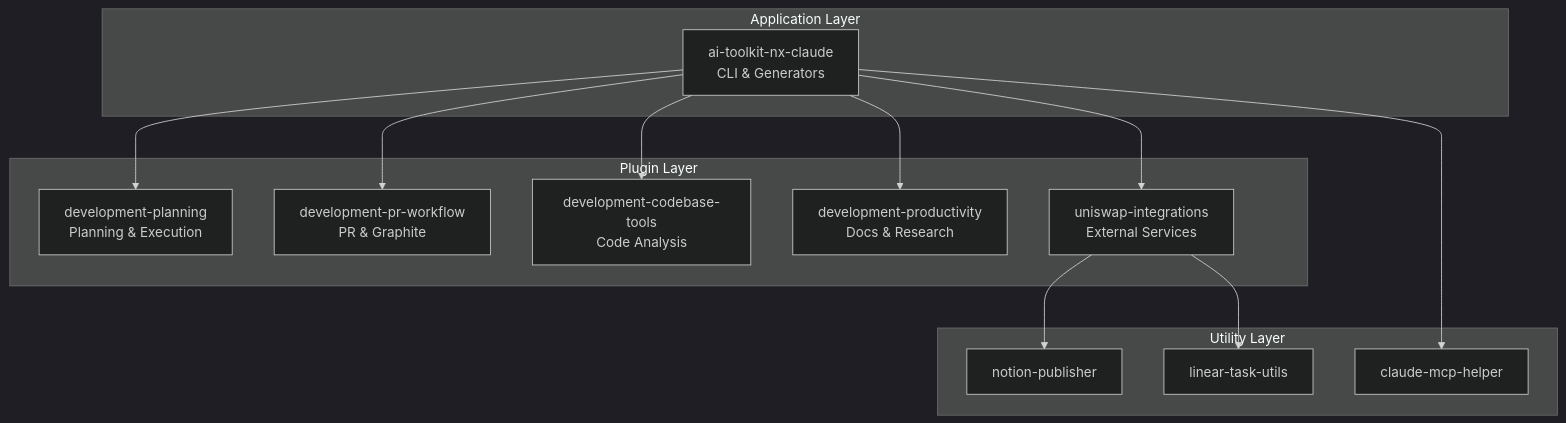
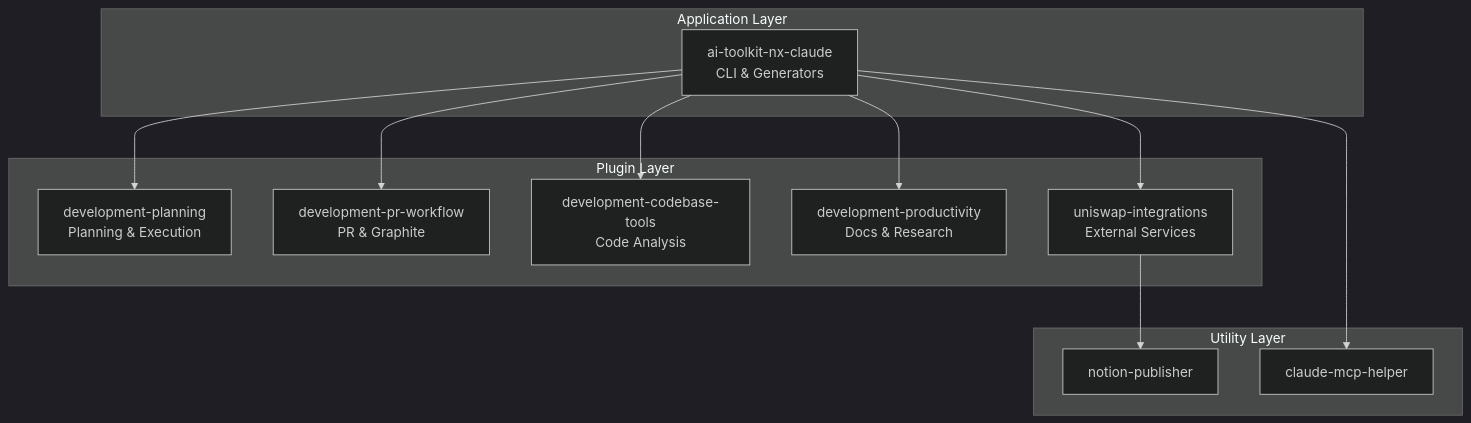
The first of 4 diagrams in docs/readmes/DEVELOPMENT.md (Uniswap/ai-toolkit), drawn with Mermaid (dark theme) before and after one commit. The commit also changed other lines of this file and 26 other files, not shown here.

First line of the commit message:
chore(linear-task-utils): remove orphaned package (#587)

````diff
--- a/docs/readmes/DEVELOPMENT.md
+++ b/docs/readmes/DEVELOPMENT.md
@@ -49,29 +49,27 @@
 ```mermaid
 graph TD
     subgraph "Application Layer"
         CLI[ai-toolkit-nx-claude<br/>CLI & Generators]
     end
 
     subgraph "Plugin Layer"
         DEV_PLAN[development-planning<br/>Planning & Execution]
         DEV_PR[development-pr-workflow<br/>PR & Graphite]
         DEV_CODE[development-codebase-tools<br/>Code Analysis]
         DEV_PROD[development-productivity<br/>Docs & Research]
         UNI_INT[uniswap-integrations<br/>External Services]
     end
 
     subgraph "Utility Layer"
         NOTION[notion-publisher]
-        LINEAR[linear-task-utils]
         MCP[claude-mcp-helper]
     end
 
     CLI --> DEV_PLAN
     CLI --> DEV_PR
     CLI --> DEV_CODE
     CLI --> DEV_PROD
     CLI --> UNI_INT
     UNI_INT --> NOTION
-    UNI_INT --> LINEAR
     CLI --> MCP
 ```
````
